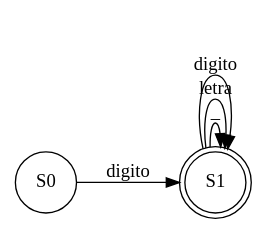
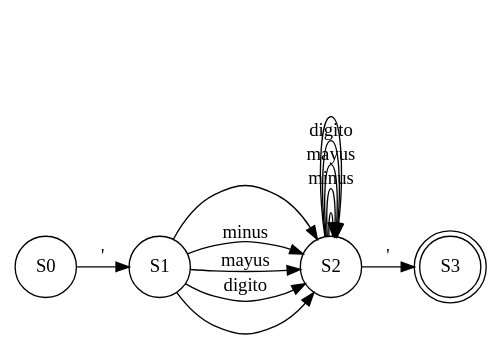
One commit to RojasCJP/Proyecto1_Compi1 changed the diagram in out/production/Proyecto1/Graphviz/AFD2.dot. Above: the diagram before and after it, drawn with Graphviz. The commit also changed 437 other files, not shown here.

```diff
--- a/out/production/Proyecto1/Graphviz/AFD2.dot
+++ b/out/production/Proyecto1/Graphviz/AFD2.dot
@@ -1,8 +1,16 @@
 digraph structs {
 rankdir=LR;
-node [shape=doublecircle];S1;
-node [shape=circle];S0->S1[label="digito"];
-S1->S1[label="_"];
-S1->S1[label="letra"];
-S1->S1[label="digito"];
+node [shape=doublecircle];S3;
+node [shape=circle];S0->S1[label="\'"];
+S1->S2[label="\n"];
+S1->S2[label="minus"];
+S1->S2[label="mayus"];
+S1->S2[label="digito"];
+S1->S2[label=" "];
+S2->S2[label="\n"];
+S2->S2[label="minus"];
+S2->S2[label="mayus"];
+S2->S2[label="digito"];
+S2->S2[label=" "];
+S2->S3[label="\'"];
 }
```
